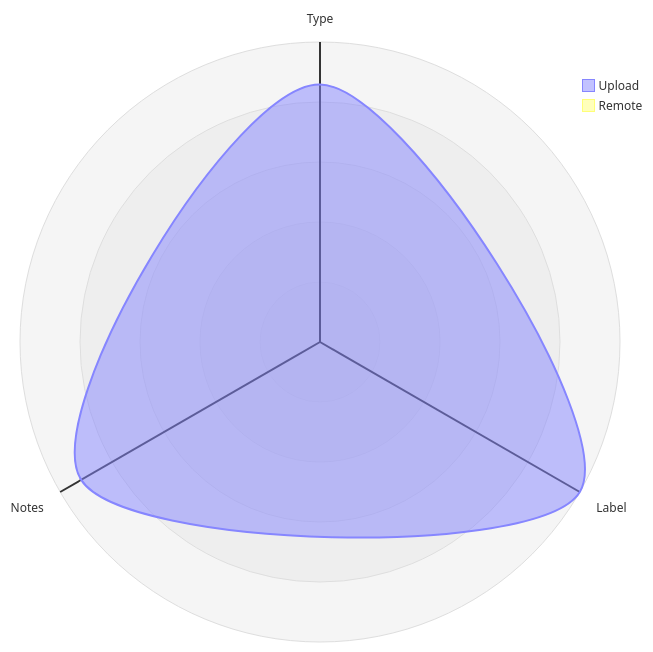
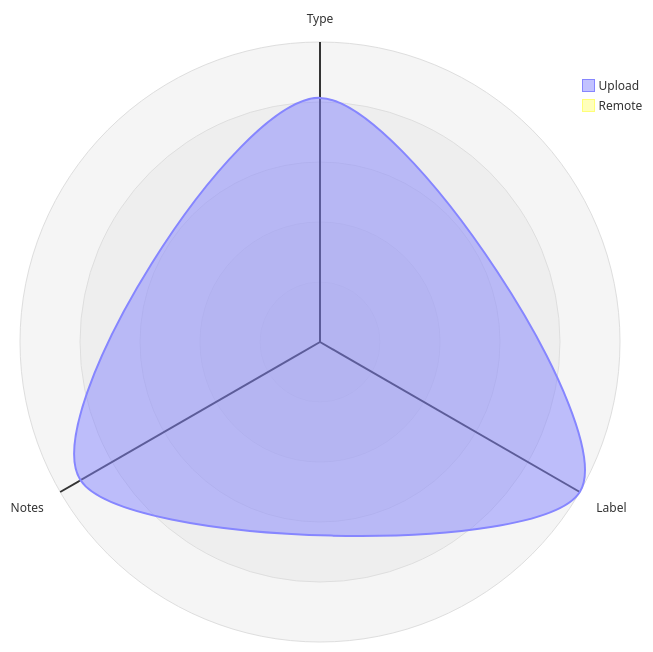
Before and after one commit to open-data/analytics-corporate-reporting: the third of 5 diagrams in datastore_tracker/README.md, drawn with Mermaid. The commit also changed 7 other files, not shown here.

````diff
--- a/datastore_tracker/README.md
+++ b/datastore_tracker/README.md
@@ -106,12 +106,12 @@
 ```mermaid
 radar-beta
   axis T["Type"], L["Label"], N["Notes"]
-  curve u["Upload"]{0.00085, 0.00099, 0.00091}
+  curve u["Upload"]{0.00083, 0.00102, 0.00094}
   curve r["Remote"]{0, 0, 0}
 
   showLegend true
 
   min 0
   graticule circle
   ticks 5
 ```
````
